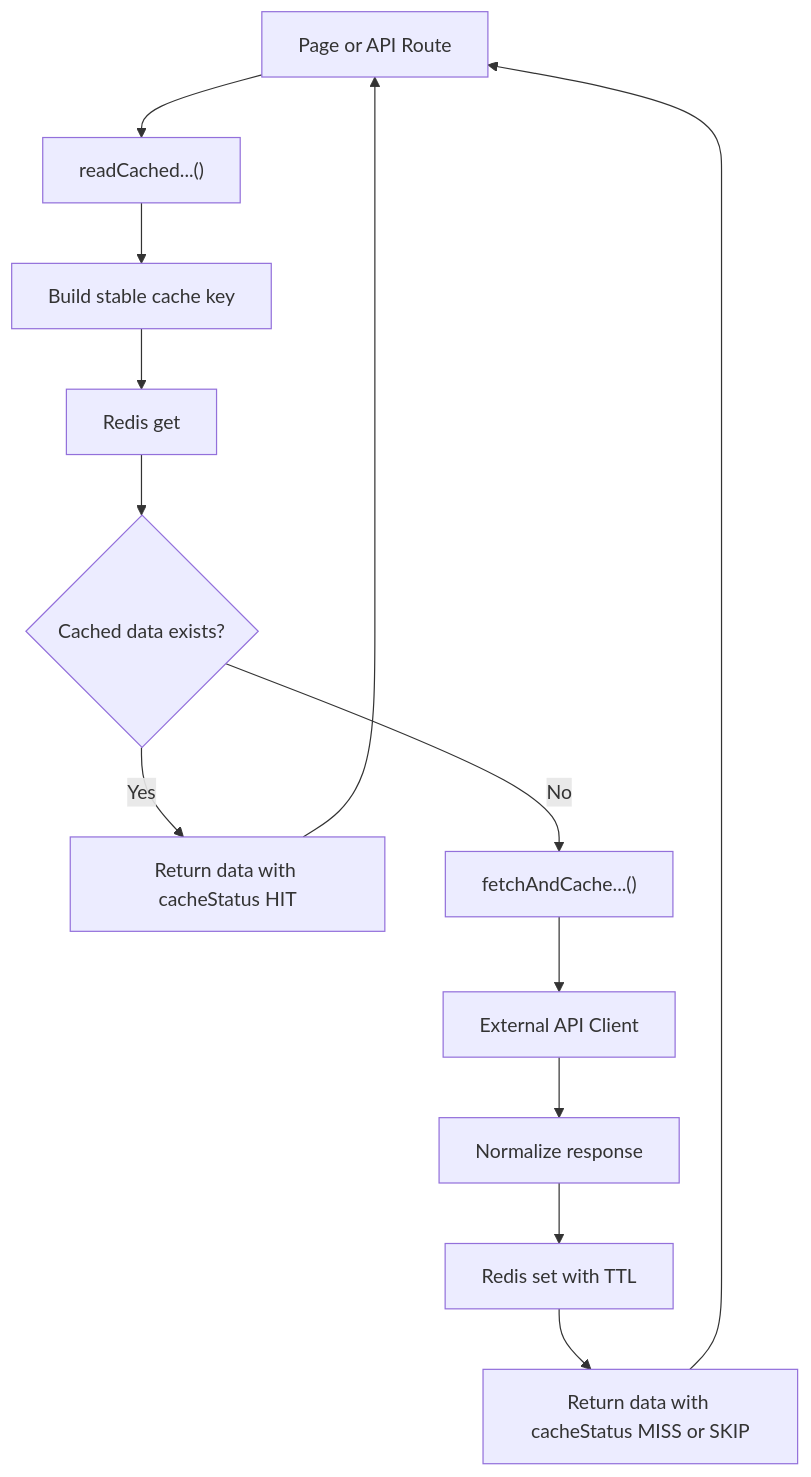
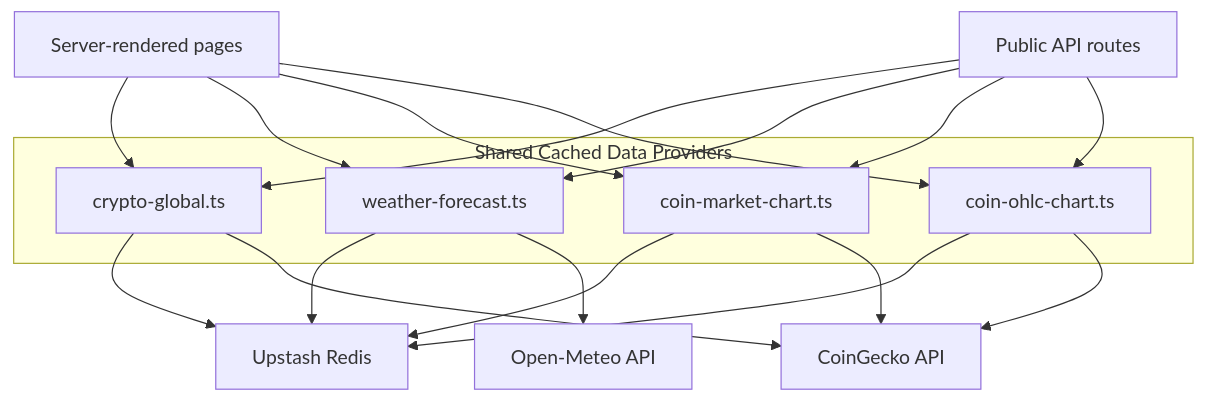
Before and after one commit to BlockShield-Systems/swiss-market-dashboard: the fifth of 12 diagrams in docs/architecture-diagrams.md, drawn with Mermaid. The commit also changed other lines of this file and 9 other files, not shown here.

````diff
--- a/docs/architecture-diagrams.md
+++ b/docs/architecture-diagrams.md
@@ -171,19 +173,36 @@
 ```mermaid
-flowchart TD
-  Caller["Page or API Route"] --> ReadCache["readCached...()"]
-  ReadCache --> CacheKey["Build stable cache key"]
-  CacheKey --> RedisRead["Redis get"]
+flowchart TB
+  Pages["Server-rendered pages"]
+  Routes["Public API routes"]
 
-  RedisRead --> Decision{"Cached data exists?"}
+  subgraph SharedLayer["Shared Cached Data Providers"]
+    Global["crypto-global.ts"]
+    Weather["weather-forecast.ts"]
+    MarketChart["coin-market-chart.ts"]
+    Ohlc["coin-ohlc-chart.ts"]
+  end
 
-  Decision -->|Yes| Hit["Return data with cacheStatus HIT"]
-  Decision -->|No| Fetch["fetchAndCache...()"]
+  Redis["Upstash Redis"]
+  CoinGecko["CoinGecko API"]
+  OpenMeteo["Open-Meteo API"]
 
-  Fetch --> ExternalApi["External API Client"]
-  ExternalApi --> Normalize["Normalize response"]
-  Normalize --> RedisWrite["Redis set with TTL"]
-  RedisWrite --> ReturnMiss["Return data with cacheStatus MISS or SKIP"]
+  Pages --> Global
+  Pages --> Weather
+  Pages --> MarketChart
+  Pages --> Ohlc
 
-  Hit --> Caller
-  ReturnMiss --> Caller
+  Routes --> Global
+  Routes --> Weather
+  Routes --> MarketChart
+  Routes --> Ohlc
+
+  Global --> Redis
+  Weather --> Redis
+  MarketChart --> Redis
+  Ohlc --> Redis
+
+  Global --> CoinGecko
+  MarketChart --> CoinGecko
+  Ohlc --> CoinGecko
+  Weather --> OpenMeteo
 ```
````
